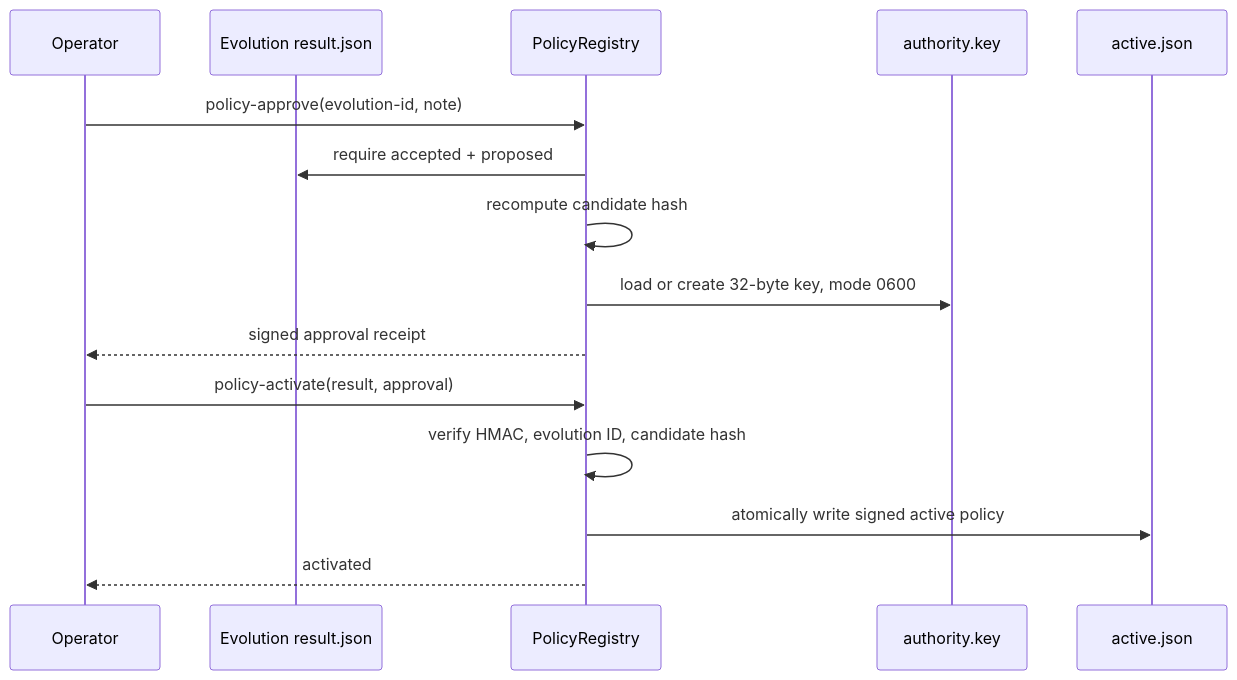
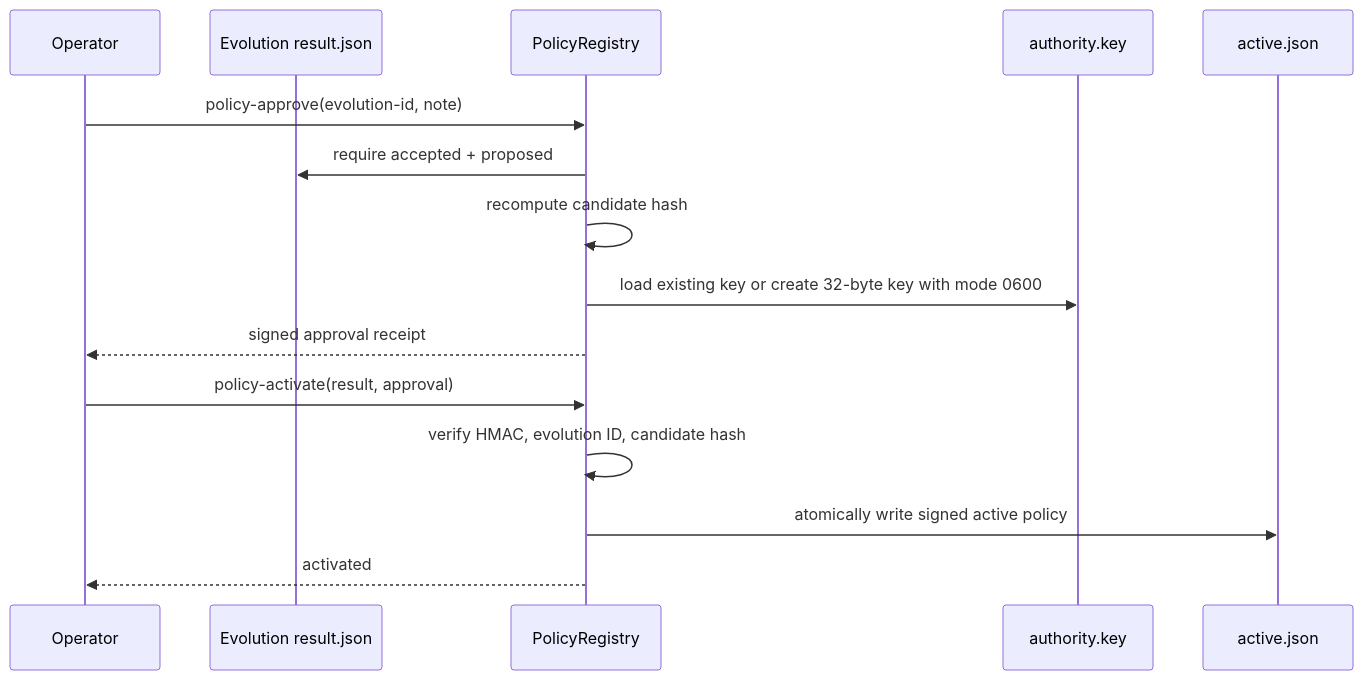
The ninth of 9 diagrams in docs/architecture-and-data-pipeline.md (jihkang/Sisyphus-Harness), drawn with Mermaid before and after one commit. The commit also changed other lines of this file and 17 other files, not shown here.

First line of the commit message:
Add workspace bundle contracts and audit architecture (#6)

````diff
--- a/docs/architecture-and-data-pipeline.md
+++ b/docs/architecture-and-data-pipeline.md
@@ -564,18 +616,18 @@
 ```mermaid
 sequenceDiagram
     participant Operator
     participant Result as Evolution result.json
     participant Registry as PolicyRegistry
     participant Key as authority.key
     participant Active as active.json
 
     Operator->>Registry: policy-approve(evolution-id, note)
     Registry->>Result: require accepted + proposed
     Registry->>Registry: recompute candidate hash
-    Registry->>Key: load or create 32-byte key, mode 0600
+    Registry->>Key: load existing key or create 32-byte key with mode 0600
     Registry-->>Operator: signed approval receipt
     Operator->>Registry: policy-activate(result, approval)
     Registry->>Registry: verify HMAC, evolution ID, candidate hash
     Registry->>Active: atomically write signed active policy
     Registry-->>Operator: activated
 ```
````
